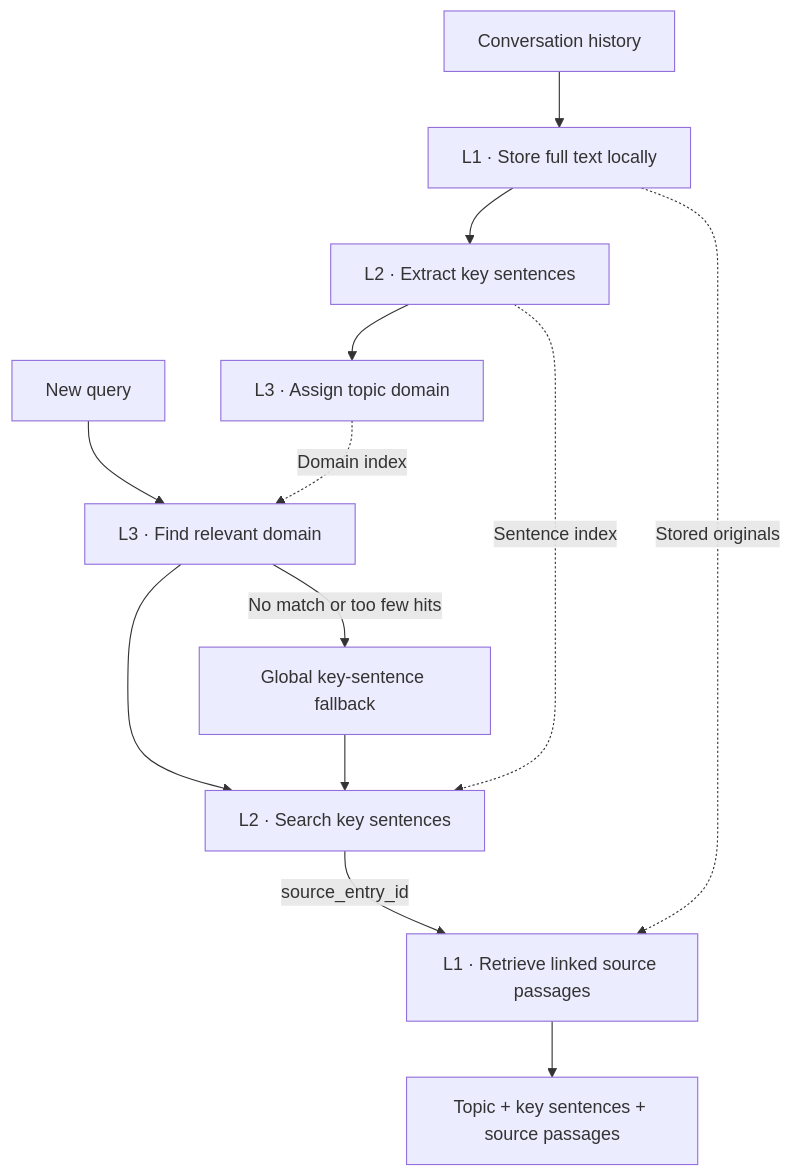
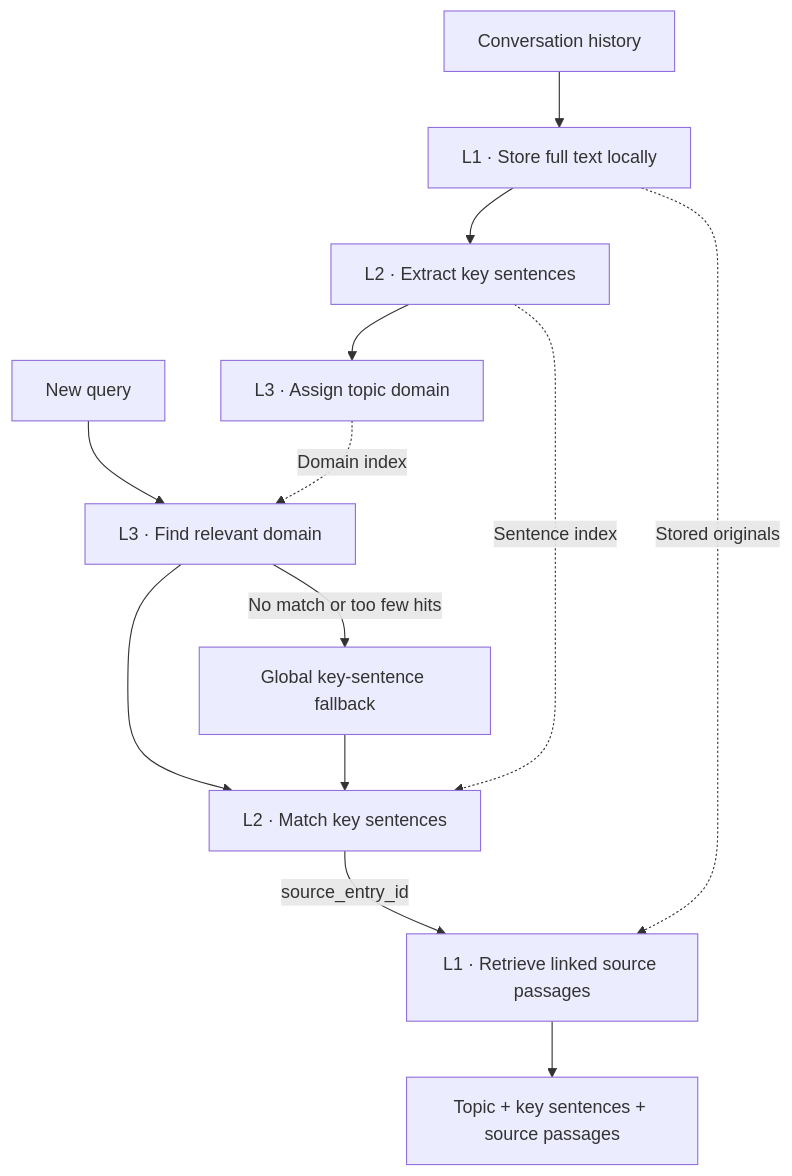
One commit to suyunpledge/hierarchical-retrieval changed the diagram in README.md. Above: the diagram before and after it, drawn with Mermaid.

Commit message:
docs: clarify key-sentence retrieval diagram

````diff
--- a/README.md
+++ b/README.md
@@ -67,15 +67,15 @@
 ```mermaid
 flowchart TD
     A["Conversation history"] --> B["L1 · Store full text locally"]
     B --> C["L2 · Extract key sentences"]
     C --> D["L3 · Assign topic domain"]
     Q["New query"] --> E["L3 · Find relevant domain"]
-    E --> F["L2 · Search key sentences"]
+    E --> F["L2 · Match key sentences"]
     E -- "No match or too few hits" --> G["Global key-sentence fallback"]
     G --> F
     D -. "Domain index" .-> E
     C -. "Sentence index" .-> F
     F -- "source_entry_id" --> H["L1 · Retrieve linked source passages"]
     B -. "Stored originals" .-> H
     H --> R["Topic + key sentences + source passages"]
 ```
````
